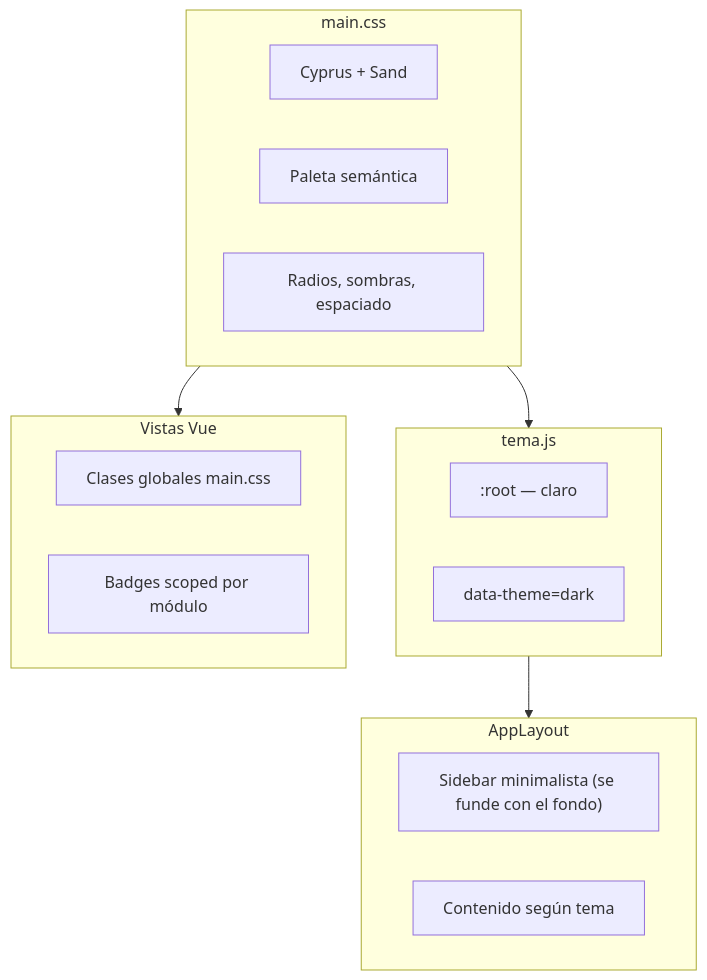
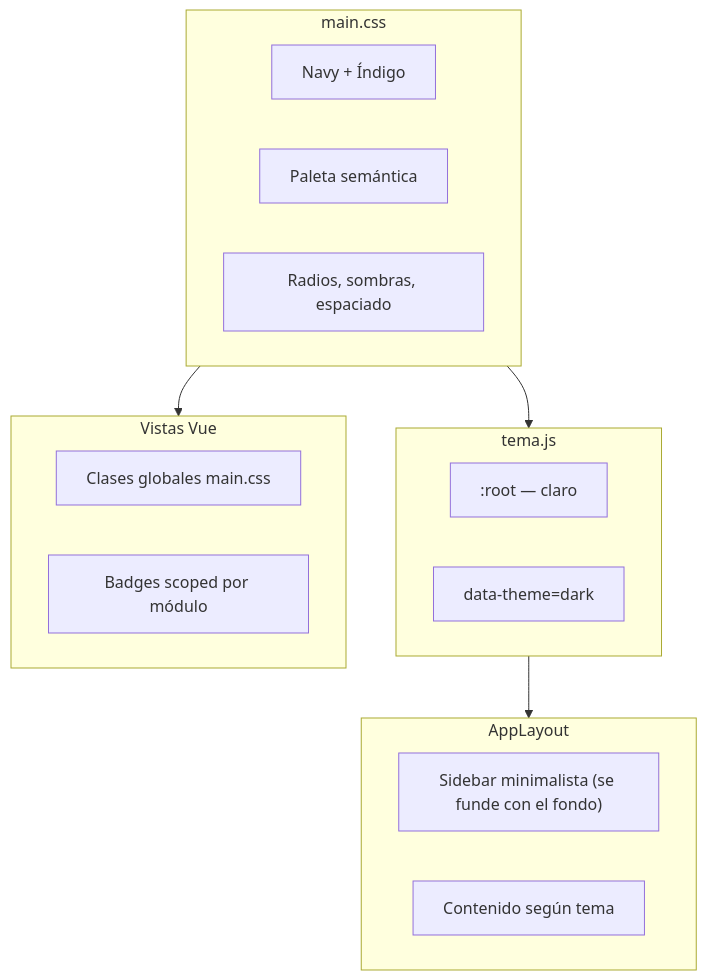
The diagram in docs/GUIA-UX-UI.md (aguemar-work/materen-ti), drawn with Mermaid before and after one commit. The commit also changed other lines of this file and 6 other files, not shown here.

````diff
--- a/docs/GUIA-UX-UI.md
+++ b/docs/GUIA-UX-UI.md
@@ -46,27 +45,27 @@
 ```mermaid
 flowchart TB
   subgraph tokens ["main.css"]
-    brand["Cyprus + Sand"]
+    brand["Navy + Índigo"]
     semantic["Paleta semántica"]
     layout["Radios, sombras, espaciado"]
   end
 
   subgraph theme ["tema.js"]
     light[":root — claro"]
     dark["data-theme=dark"]
   end
 
   subgraph shell ["AppLayout"]
     sidebar["Sidebar minimalista (se funde con el fondo)"]
     main["Contenido según tema"]
   end
 
   subgraph views ["Vistas Vue"]
     globalClasses["Clases globales main.css"]
     scopedBadges["Badges scoped por módulo"]
   end
 
   tokens --> theme
   theme --> shell
   tokens --> views
 ```
````
